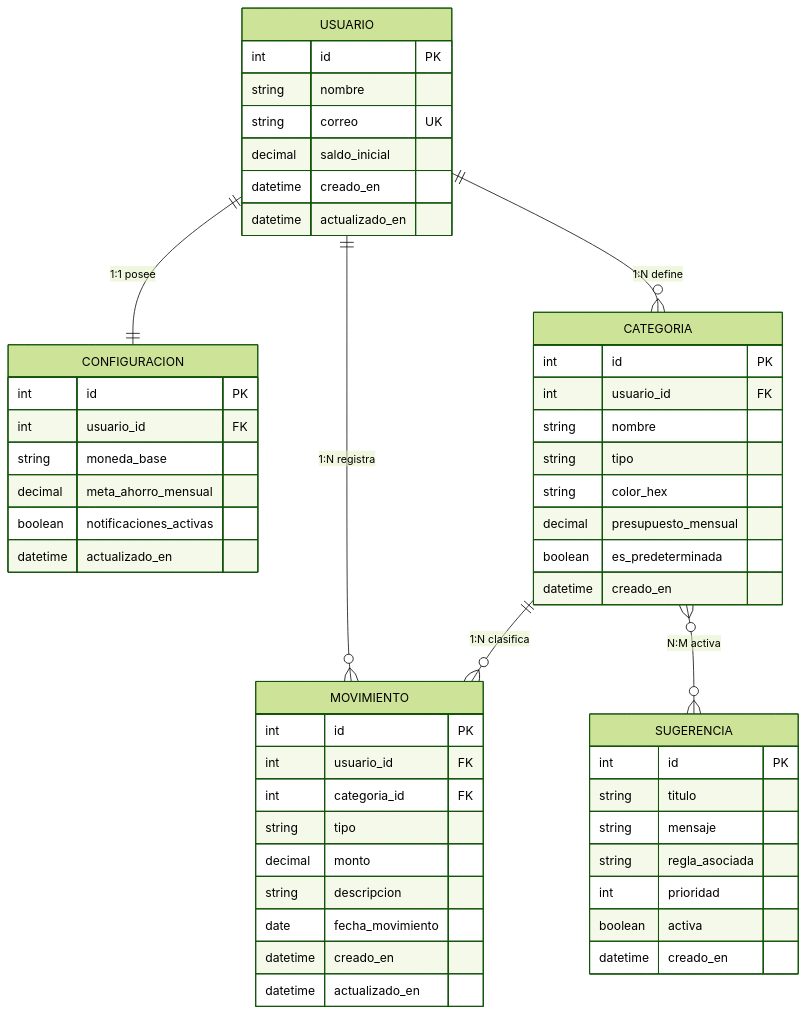
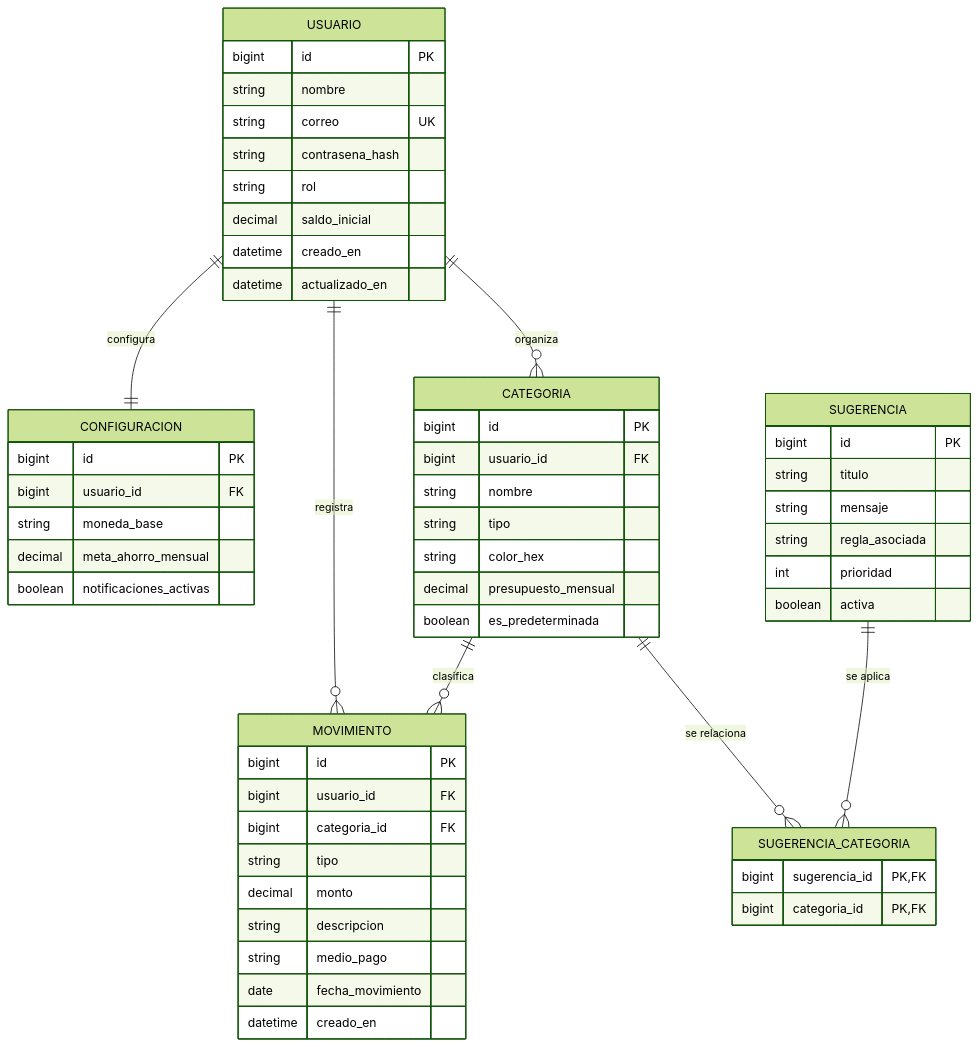
One commit to JuanEstebanLT/proyectointegradormoviles-g7 changed the first of 3 diagrams in README.md. Above: the diagram before and after it, drawn with Mermaid (forest theme). The commit also changed other lines of this file, not shown here.

````diff
--- a/README.md
+++ b/README.md
@@ -170,60 +153,59 @@
 ```mermaid
-%%{init: {'er': {'layoutDirection': 'LR', 'entityPadding': 15, 'minEntityWidth': 140}}}%%
 erDiagram
     USUARIO {
-        int id PK
+        bigint id PK
         string nombre
         string correo UK
+        string contrasena_hash
+        string rol
         decimal saldo_inicial
         datetime creado_en
         datetime actualizado_en
     }
-
     CONFIGURACION {
-        int id PK
-        int usuario_id FK
+        bigint id PK
+        bigint usuario_id FK
         string moneda_base
         decimal meta_ahorro_mensual
         boolean notificaciones_activas
-        datetime actualizado_en
     }
-
     CATEGORIA {
-        int id PK
-        int usuario_id FK
+        bigint id PK
+        bigint usuario_id FK
         string nombre
         string tipo
         string color_hex
         decimal presupuesto_mensual
         boolean es_predeterminada
-        datetime creado_en
     }
-
     MOVIMIENTO {
-        int id PK
-        int usuario_id FK
-        int categoria_id FK
+        bigint id PK
+        bigint usuario_id FK
+        bigint categoria_id FK
         string tipo
         decimal monto
         string descripcion
+        string medio_pago
         date fecha_movimiento
         datetime creado_en
-        datetime actualizado_en
     }
-
     SUGERENCIA {
-        int id PK
+        bigint id PK
         string titulo
         string mensaje
         string regla_asociada
         int prioridad
         boolean activa
-        datetime creado_en
+    }
+    SUGERENCIA_CATEGORIA {
+        bigint sugerencia_id PK,FK
+        bigint categoria_id PK,FK
     }
 
-    USUARIO   ||--|| CONFIGURACION : "1:1 posee"
-    USUARIO   ||--o{ CATEGORIA     : "1:N define"
-    USUARIO   ||--o{ MOVIMIENTO    : "1:N registra"
-    CATEGORIA ||--o{ MOVIMIENTO    : "1:N clasifica"
-    CATEGORIA }o--o{ SUGERENCIA    : "N:M activa"
+    USUARIO ||--|| CONFIGURACION : "configura"
+    USUARIO ||--o{ CATEGORIA : "organiza"
+    USUARIO ||--o{ MOVIMIENTO : "registra"
+    CATEGORIA ||--o{ MOVIMIENTO : "clasifica"
+    CATEGORIA ||--o{ SUGERENCIA_CATEGORIA : "se relaciona"
+    SUGERENCIA ||--o{ SUGERENCIA_CATEGORIA : "se aplica"
 ```
````
